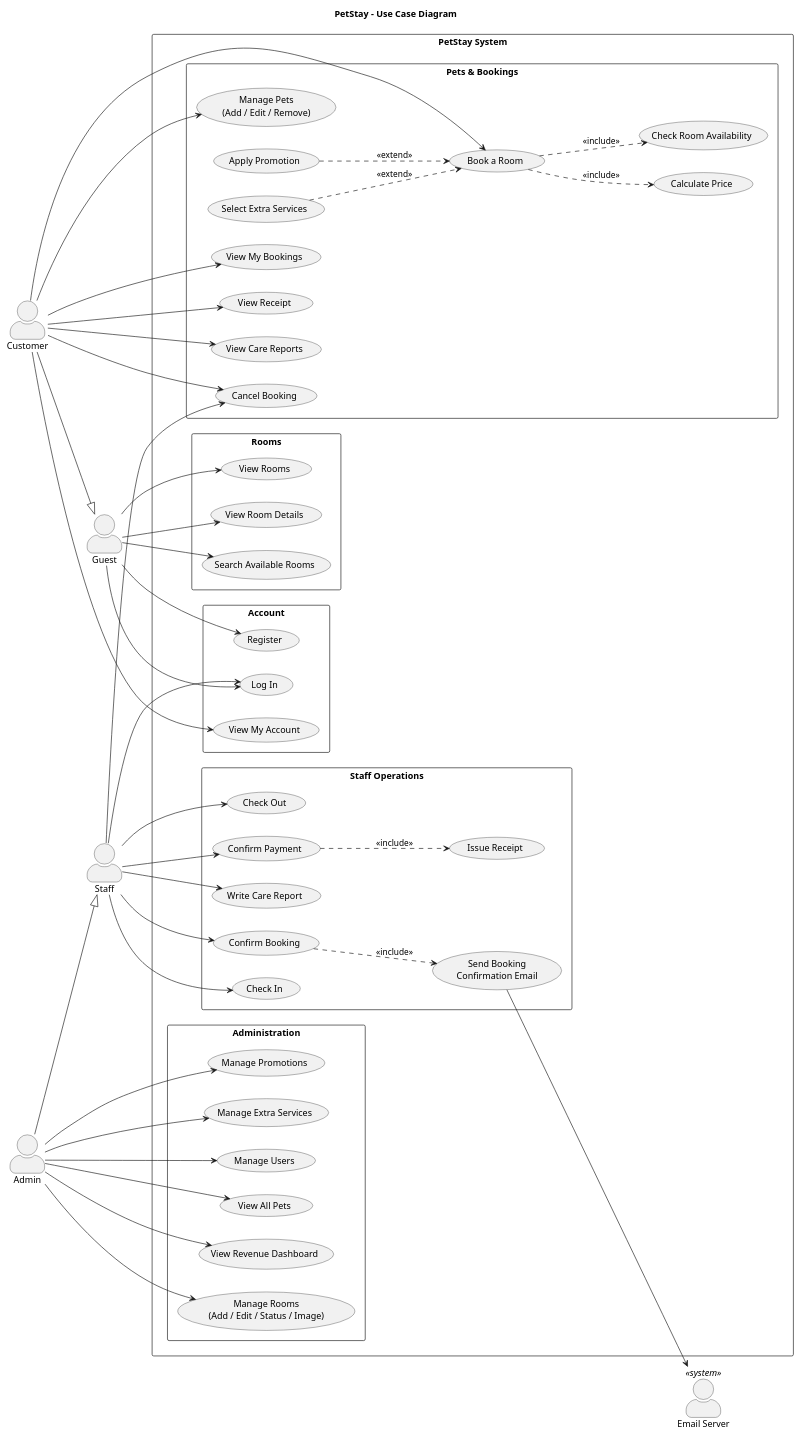
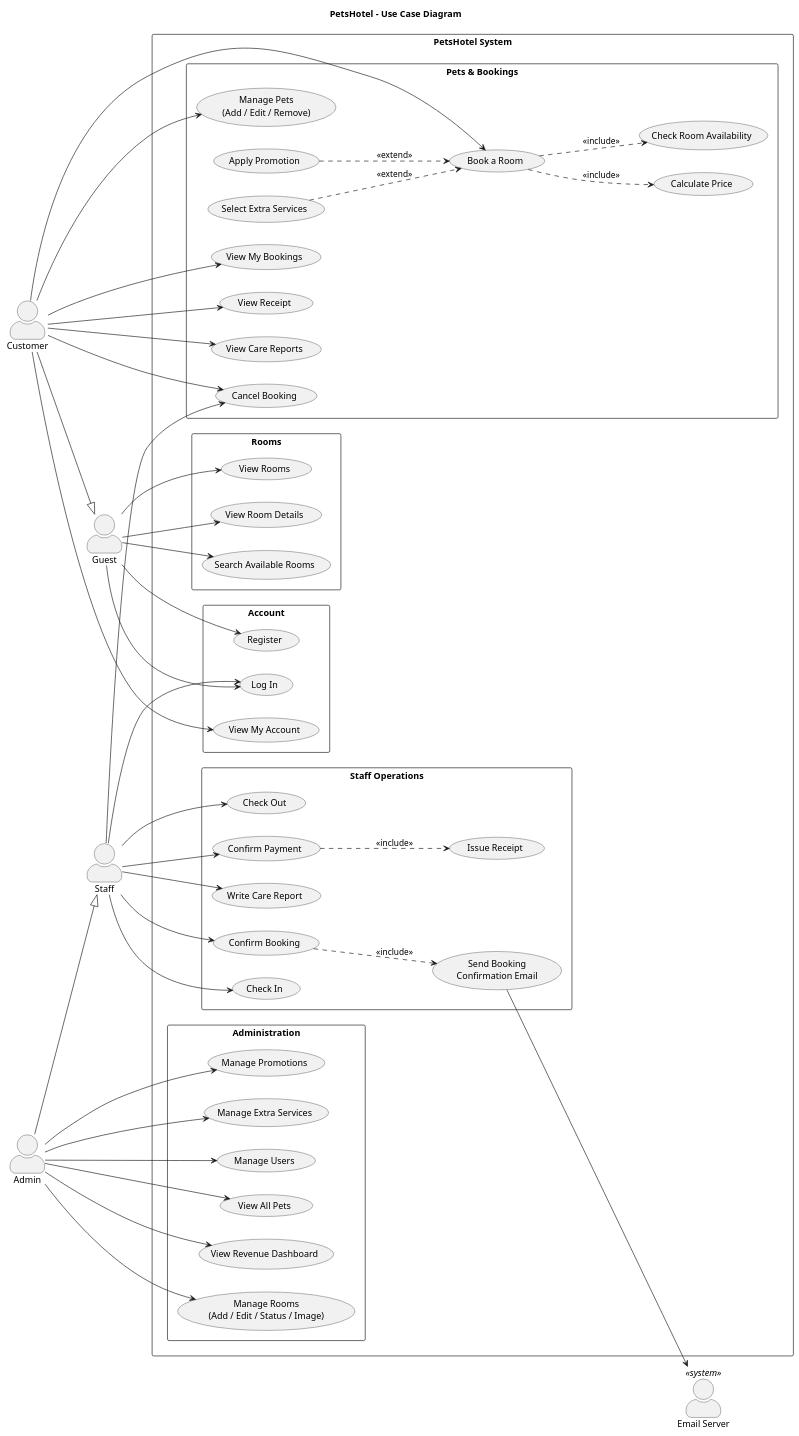
Before and after one commit to Tanut-oam/PetsHotel_Project: the diagram in doc/diagrams/use-case.puml, drawn with PlantUML. The commit also changed 5 other files, not shown here.

Commit message:
fix : PetStay to PetsHotel

```diff
--- a/doc/diagrams/use-case.puml
+++ b/doc/diagrams/use-case.puml
@@ -1,104 +1,104 @@
 @startuml use-case
 left to right direction
 skinparam packageStyle rectangle
 skinparam actorStyle awesome
-title PetStay - Use Case Diagram
+title PetsHotel - Use Case Diagram
 
 actor "Guest" as Guest
 actor "Customer" as Customer
 actor "Staff" as Staff
 actor "Admin" as Admin
 actor "Email Server" as Mail <<system>>
 
 Customer --|> Guest
 Admin --|> Staff
 
-rectangle "PetStay System" {
+rectangle "PetsHotel System" {
 
   package "Account" {
     usecase "Register" as UC_Register
     usecase "Log In" as UC_Login
     usecase "View My Account" as UC_Profile
   }
 
   package "Rooms" {
     usecase "View Rooms" as UC_ViewRooms
     usecase "View Room Details" as UC_RoomDetail
     usecase "Search Available Rooms" as UC_SearchRoom
   }
 
   package "Pets & Bookings" {
     usecase "Manage Pets\n(Add / Edit / Remove)" as UC_ManagePets
     usecase "Book a Room" as UC_Book
     usecase "Check Room Availability" as UC_CheckAvail
     usecase "Calculate Price" as UC_Price
     usecase "Select Extra Services" as UC_Extra
     usecase "Apply Promotion" as UC_Promo
     usecase "View My Bookings" as UC_MyBookings
     usecase "Cancel Booking" as UC_Cancel
     usecase "View Receipt" as UC_Receipt
     usecase "View Care Reports" as UC_ViewReport
   }
 
   package "Staff Operations" {
     usecase "Confirm Booking" as UC_Confirm
     usecase "Send Booking\nConfirmation Email" as UC_Email
     usecase "Check In" as UC_CheckIn
     usecase "Check Out" as UC_CheckOut
     usecase "Confirm Payment" as UC_Pay
     usecase "Issue Receipt" as UC_IssueReceipt
     usecase "Write Care Report" as UC_WriteReport
   }
 
   package "Administration" {
     usecase "Manage Rooms\n(Add / Edit / Status / Image)" as UC_ManageRooms
     usecase "Manage Promotions" as UC_ManagePromo
     usecase "Manage Extra Services" as UC_ManageExtra
     usecase "Manage Users" as UC_ManageUsers
     usecase "View All Pets" as UC_AllPets
     usecase "View Revenue Dashboard" as UC_Dashboard
   }
 }
 
 ' ---------- Guest ----------
 Guest --> UC_Register
 Guest --> UC_Login
 Guest --> UC_ViewRooms
 Guest --> UC_RoomDetail
 Guest --> UC_SearchRoom
 
 ' ---------- Customer ----------
 Customer --> UC_Profile
 Customer --> UC_ManagePets
 Customer --> UC_Book
 Customer --> UC_MyBookings
 Customer --> UC_Cancel
 Customer --> UC_Receipt
 Customer --> UC_ViewReport
 
 UC_Book ..> UC_CheckAvail : <<include>>
 UC_Book ..> UC_Price : <<include>>
 UC_Extra ..> UC_Book : <<extend>>
 UC_Promo ..> UC_Book : <<extend>>
 
 ' ---------- Staff ----------
 Staff --> UC_Login
 Staff --> UC_Confirm
 Staff --> UC_CheckIn
 Staff --> UC_CheckOut
 Staff --> UC_Pay
 Staff --> UC_WriteReport
 Staff --> UC_Cancel
 
 UC_Confirm ..> UC_Email : <<include>>
 UC_Email --> Mail
 UC_Pay ..> UC_IssueReceipt : <<include>>
 
 ' ---------- Admin ----------
 Admin --> UC_ManageRooms
 Admin --> UC_ManagePromo
 Admin --> UC_ManageExtra
 Admin --> UC_ManageUsers
 Admin --> UC_AllPets
 Admin --> UC_Dashboard
 @enduml
```
